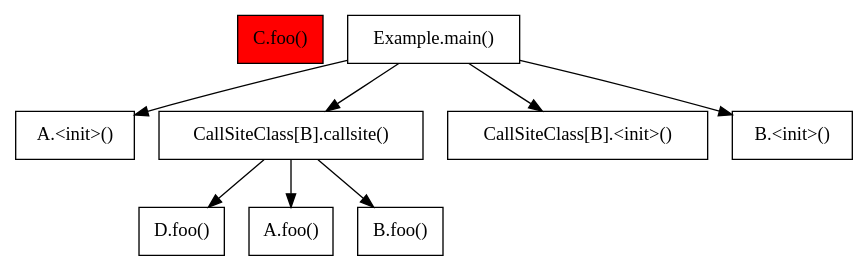
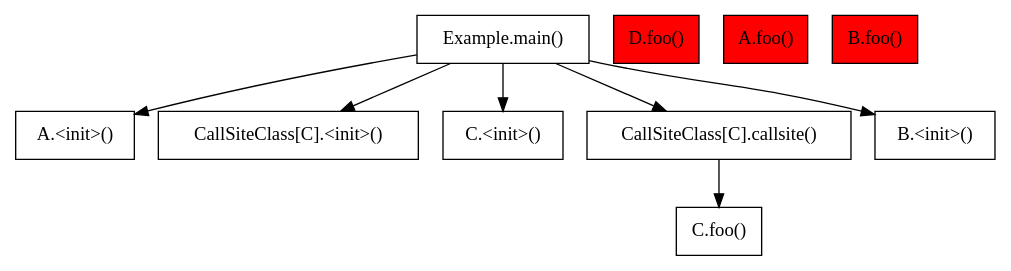
The diagram in callgraphproject/src/main/scala/graphs/CHA/CHAExample.dot (enricumming/ScalaCallGraphAnalysis), drawn with Graphviz before and after one commit. The commit also changed 9 other files, not shown here.

```diff
--- a/callgraphproject/src/main/scala/graphs/CHA/CHAExample.dot
+++ b/callgraphproject/src/main/scala/graphs/CHA/CHAExample.dot
@@ -1,19 +1,19 @@
 digraph CallGraph {
   node [shape=box];
-  "C.foo()" [style=filled, fillcolor=red];
-  "D.foo()" [style=filled, fillcolor=white];
-  "A.foo()" [style=filled, fillcolor=white];
+  "C.foo()" [style=filled, fillcolor=white];
+  "D.foo()" [style=filled, fillcolor=red];
+  "A.foo()" [style=filled, fillcolor=red];
   "A.<init>()" [style=filled, fillcolor=white];
-  "B.foo()" [style=filled, fillcolor=white];
+  "CallSiteClass[C].<init>()" [style=filled, fillcolor=white];
+  "B.foo()" [style=filled, fillcolor=red];
+  "C.<init>()" [style=filled, fillcolor=white];
   "Example.main()" [style=filled, fillcolor=white];
-  "CallSiteClass[B].callsite()" [style=filled, fillcolor=white];
-  "CallSiteClass[B].<init>()" [style=filled, fillcolor=white];
+  "CallSiteClass[C].callsite()" [style=filled, fillcolor=white];
   "B.<init>()" [style=filled, fillcolor=white];
-  "Example.main()" -> "CallSiteClass[B].<init>()";
+  "Example.main()" -> "C.<init>()";
+  "Example.main()" -> "CallSiteClass[C].callsite()";
+  "Example.main()" -> "A.<init>()";
+  "CallSiteClass[C].callsite()" -> "C.foo()";
+  "Example.main()" -> "CallSiteClass[C].<init>()";
   "Example.main()" -> "B.<init>()";
-  "Example.main()" -> "A.<init>()";
-  "CallSiteClass[B].callsite()" -> "D.foo()";
-  "CallSiteClass[B].callsite()" -> "B.foo()";
-  "Example.main()" -> "CallSiteClass[B].callsite()";
-  "CallSiteClass[B].callsite()" -> "A.foo()";
 }
```
